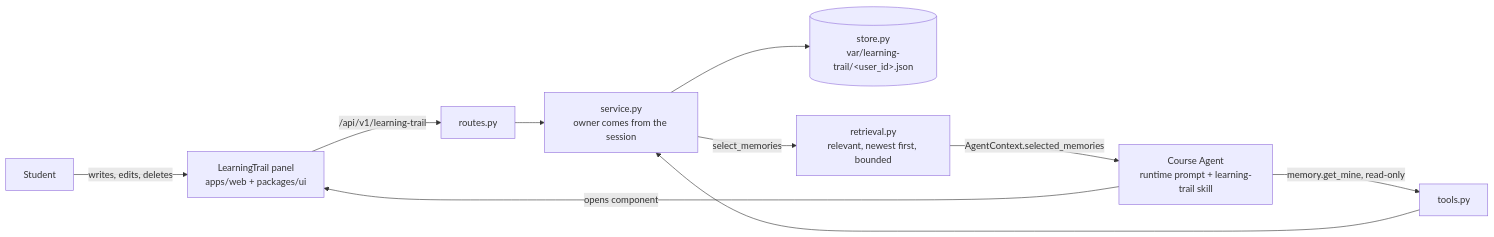
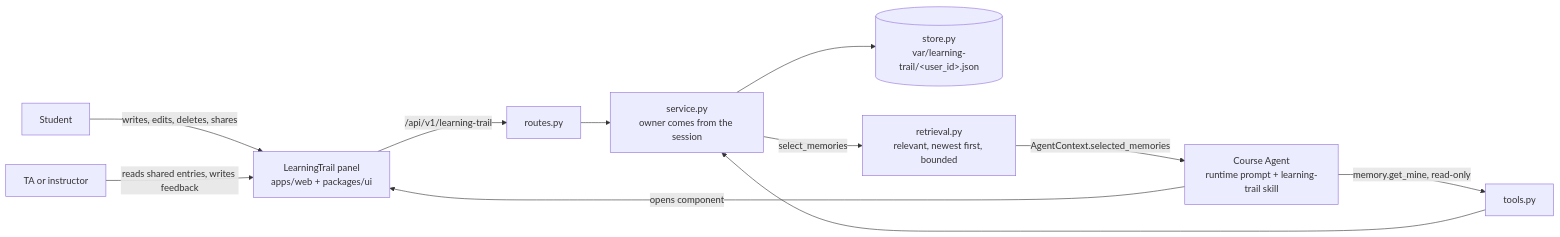
One commit to mitmedialab/agents-class-2026 changed the diagram in class-agent/python/course_server/learning_trail/README.md. Above: the diagram before and after it, drawn with Mermaid. The commit also changed other lines of this file and 20 other files, not shown here.

First line of the commit message:
Let TAs and instructors read shared trail entries and write feedback

````diff
--- a/class-agent/python/course_server/learning_trail/README.md
+++ b/class-agent/python/course_server/learning_trail/README.md
@@ -12,13 +12,14 @@
 ```mermaid
 flowchart LR
-    S[Student] -->|writes, edits, deletes| P[LearningTrail panel<br/>apps/web + packages/ui]
+    S[Student] -->|writes, edits, deletes, shares| P[LearningTrail panel<br/>apps/web + packages/ui]
+    C[TA or instructor] -->|reads shared entries, writes feedback| P
     P -->|/api/v1/learning-trail| R[routes.py]
     R --> V[service.py<br/>owner comes from the session]
     V --> F[(store.py<br/>var/learning-trail/&lt;user_id&gt;.json)]
 
     V -->|select_memories| T[retrieval.py<br/>relevant, newest first, bounded]
     T -->|AgentContext.selected_memories| A[Course Agent<br/>runtime prompt + learning-trail skill]
     A -->|memory.get_mine, read-only| G[tools.py]
     G --> V
     A -->|opens component| P
 ```
````
